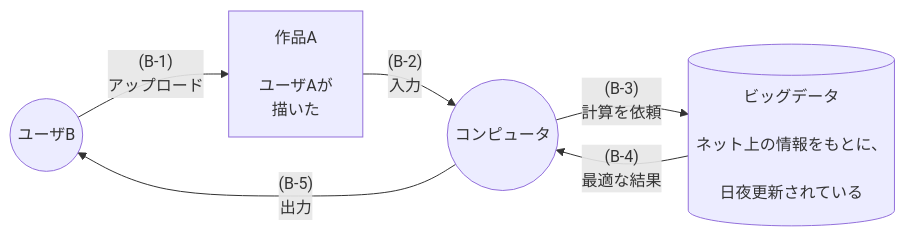
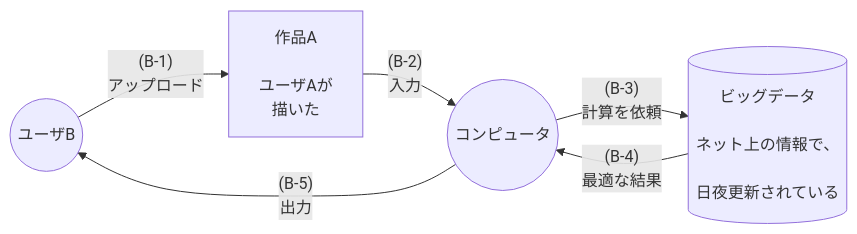
Before and after one commit to 96ENU-kuroinu/Vtuber2-md: the fifth of 5 diagrams in document/ai.md, drawn with Mermaid. The commit also changed other lines of this file, not shown here.

````diff
--- a/document/ai.md
+++ b/document/ai.md
@@ -150,19 +154,19 @@
-        ```mermaid
-        graph LR
-        ユーザB((ユーザB))
+    ```mermaid
+    graph LR
+    ユーザB((ユーザB))
 
-        作品2["作品A<br>
-                ユーザAが<br>描いた"]
-        コンピュータ((コンピュータ))
-        ビッグデータ[("ビッグデータ<br>
-                    ネット上の情報をもとに、<br>
-                    日夜更新されている")]
+    作品2["作品A<br>
+            ユーザAが<br>描いた"]
+    コンピュータ((コンピュータ))
+    ビッグデータ[("ビッグデータ<br>
+                ネット上の情報で、<br>
+                日夜更新されている")]
 
-        ユーザB--"(B-1)<br>アップロード"-->作品2--"(B-2)<br>入力"-->コンピュータ
+    ユーザB--"(B-1)<br>アップロード"-->作品2--"(B-2)<br>入力"-->コンピュータ
 
-        コンピュータ--"(B-3)<br>計算を依頼"-->ビッグデータ
+    コンピュータ--"(B-3)<br>計算を依頼"-->ビッグデータ
 
-        ビッグデータ--"(B-4)<br>最適な結果"-->コンピュータ
+    ビッグデータ--"(B-4)<br>最適な結果"-->コンピュータ
 
-        コンピュータ--"(B-5)<br>出力"-->ユーザB
-        ```
+    コンピュータ--"(B-5)<br>出力"-->ユーザB
+    ```
````
